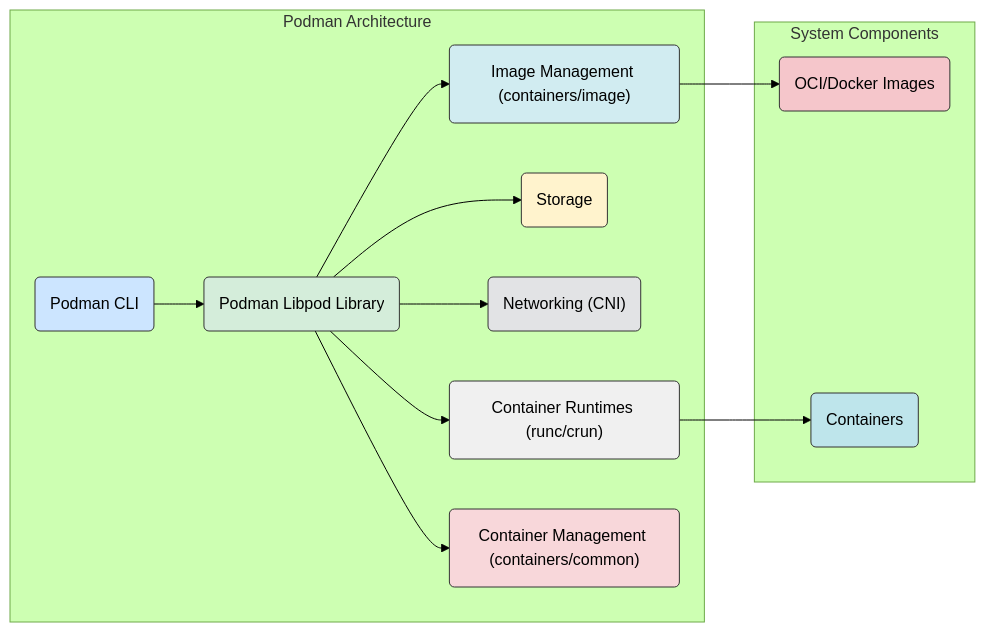
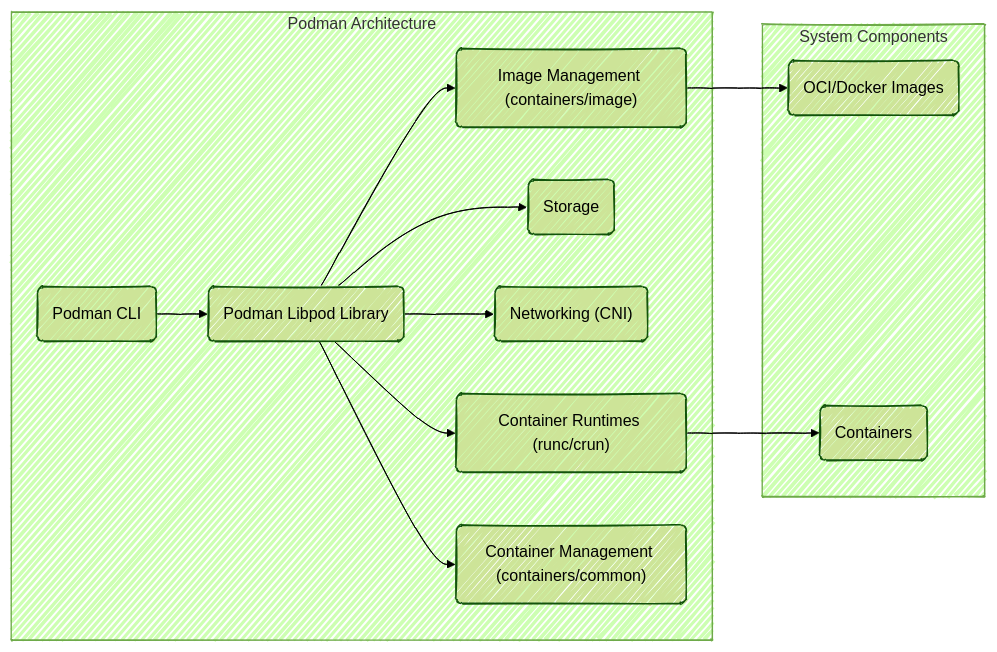
The second of 2 diagrams in pages/docker-versus-podman-a-comparison/index.mdx (faizanmsiddiqui/faizanmsiddiqui.github.io), drawn with Mermaid (forest theme) before and after one commit. The commit also changed other lines of this file, not shown here.

Commit message:
🎨 style(mermaid): update diagram styles for clarity
Modified the Mermaid diagrams in the Docker and Podman sections to
use a hand-drawn look for better visual appeal. Removed specific style
definitions to streamline the diagram configuration. This change enhances
the overall readability and aesthetic of the article.

````diff
--- a/pages/docker-versus-podman-a-comparison/index.mdx
+++ b/pages/docker-versus-podman-a-comparison/index.mdx
@@ -144,37 +143,31 @@
 ```mermaid
+---
+config:
+  look: handDrawn
+---
 graph LR
     A(Podman CLI) --> B(Podman Libpod Library)
     B --> C("Container Runtimes (runc/crun)")
     B --> D(Storage)
     B --> E("Networking (CNI)")
     B --> F("Image Management (containers/image)")
     B --> G("Container Management (containers/common)")
 
     F --> H(OCI/Docker Images)
     C --> I(Containers)
 
     subgraph Podman Architecture
         A
         B
         C
         D
         E
         F
         G
     end
 
     subgraph System Components
         H
         I
     end
-
-    style A fill:#cce5ff,stroke:#333,stroke-width:1px
-    style B fill:#d4edda,stroke:#333,stroke-width:1px
-    style C fill:#f0f0f0,stroke:#333,stroke-width:1px
-    style D fill:#fff3cd,stroke:#333,stroke-width:1px
-    style E fill:#e2e3e5,stroke:#333,stroke-width:1px
-    style F fill:#d1ecf1,stroke:#333,stroke-width:1px
-    style G fill:#f8d7da,stroke:#333,stroke-width:1px
-    style H fill:#f5c6cb,stroke:#333,stroke-width:1px
-    style I fill:#bee5eb,stroke:#333,stroke-width:1px
 ```
````
